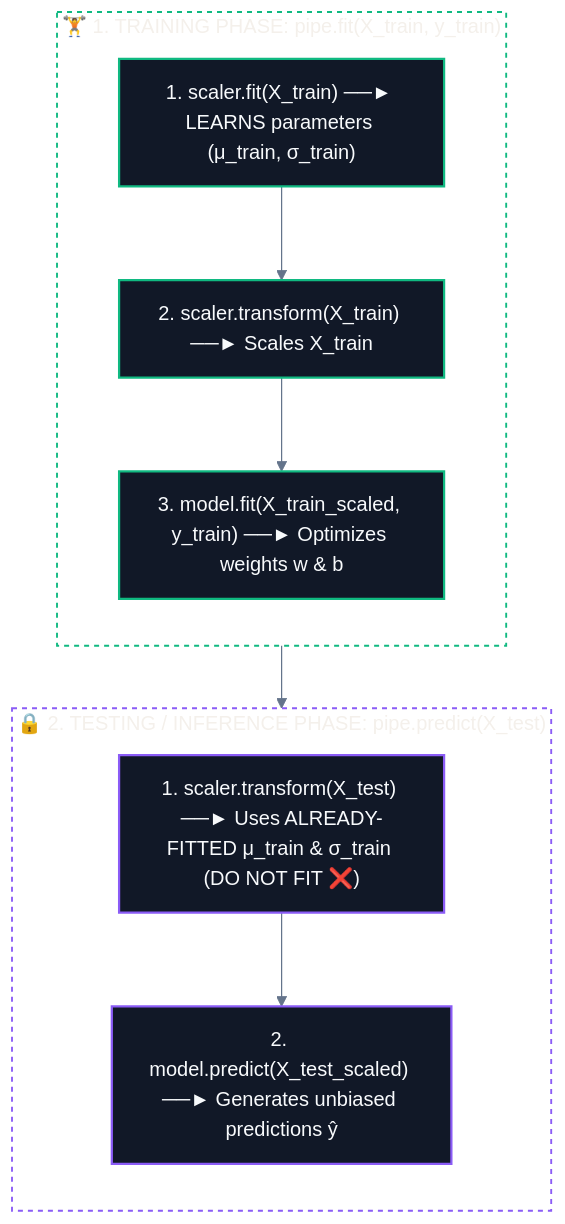
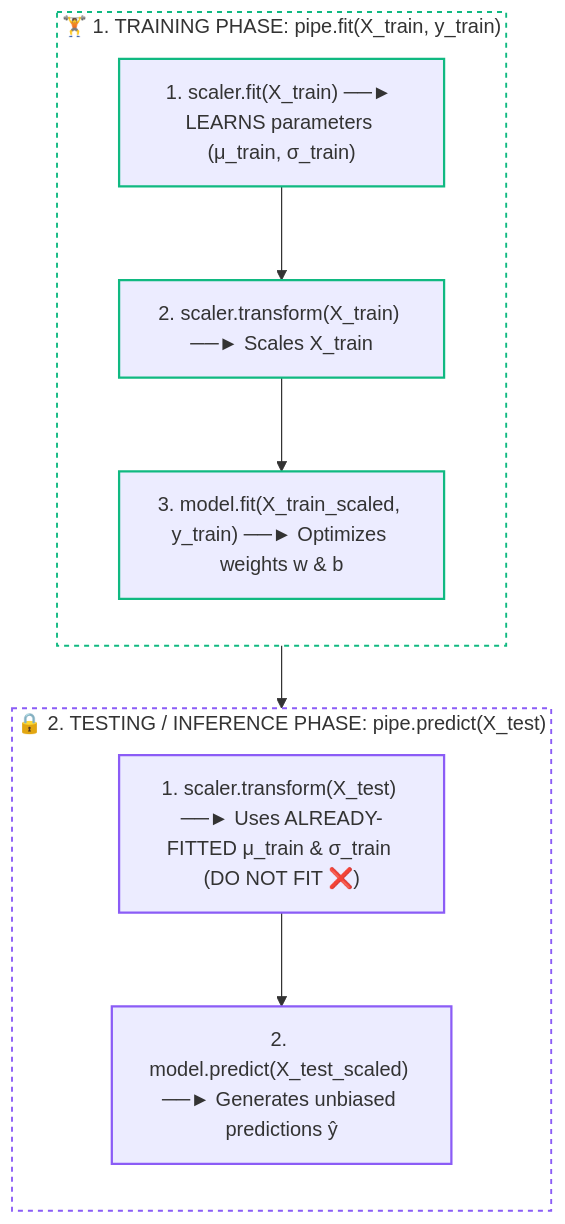
One commit to abhinavbharti2345/CS_Notes changed the second of 3 diagrams in CS/AI & ML/02. Data Preprocessing/05. Scikit-Learn Pipeline.md. Above: the diagram before and after it, drawn with Mermaid. The commit also changed other lines of this file and 91 other files, not shown here.

````diff
--- a/CS/AI & ML/02. Data Preprocessing/05. Scikit-Learn Pipeline.md
+++ b/CS/AI & ML/02. Data Preprocessing/05. Scikit-Learn Pipeline.md
@@ -91,29 +90,28 @@
 ```mermaid
-%%{init: {'theme': 'base', 'themeVariables': { 'darkMode': true, 'background': '#0B0F14', 'mainBkg': '#111827', 'primaryColor': '#111827', 'primaryTextColor': '#F8FAFC', 'primaryBorderColor': '#38BDF8', 'lineColor': '#64748B', 'secondaryColor': '#0B0F14', 'tertiaryColor': '#0B0F14', 'clusterBkg': '#0B0F14', 'clusterBorder': '#38BDF8' }}}%%
 flowchart TD
     subgraph FitPhase ["🏋️ 1. TRAINING PHASE: pipe.fit(X_train, y_train)"]
         direction TB
         F1["1. scaler.fit(X_train) ──► LEARNS parameters (μ_train, σ_train)"]
         F2["2. scaler.transform(X_train) ──► Scales X_train"]
         F3["3. model.fit(X_train_scaled, y_train) ──► Optimizes weights w & b"]
         F1 --> F2 --> F3
     end
 
     subgraph PredPhase ["🔒 2. TESTING / INFERENCE PHASE: pipe.predict(X_test)"]
         direction TB
         P1["1. scaler.transform(X_test) ──► Uses ALREADY-FITTED μ_train & σ_train (DO NOT FIT ❌)"]
         P2["2. model.predict(X_test_scaled) ──► Generates unbiased predictions ŷ"]
         P1 --> P2
     end
 
     FitPhase --> PredPhase
 
     style FitPhase fill:none,stroke:#10b981,stroke-width:1.5px,stroke-dasharray:4 4
     style PredPhase fill:none,stroke:#8b5cf6,stroke-width:1.5px,stroke-dasharray:4 4
 
-    classDef fitNode fill:#111827,stroke:#10b981,stroke-width:1.8px,color:#F8FAFC;
-    classDef predNode fill:#111827,stroke:#8b5cf6,stroke-width:1.8px,color:#F8FAFC;
+    classDef fitNode stroke:#10b981,stroke-width:1.8px;
+    classDef predNode stroke:#8b5cf6,stroke-width:1.8px;
 
     class F1,F2,F3 fitNode;
     class P1,P2 predNode;
 ```
````
